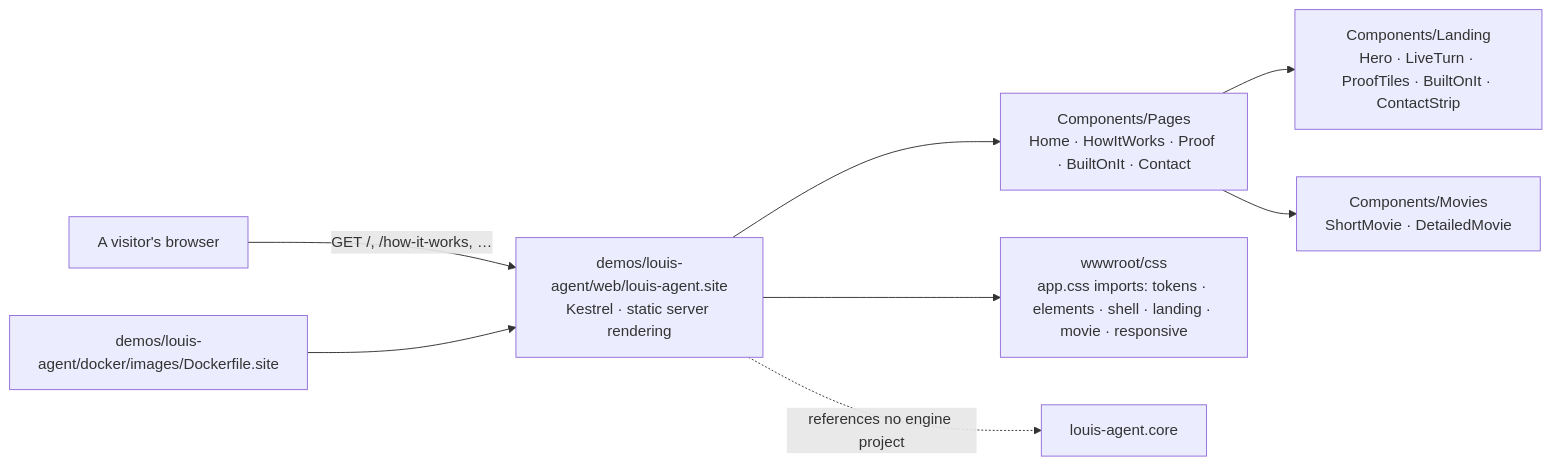
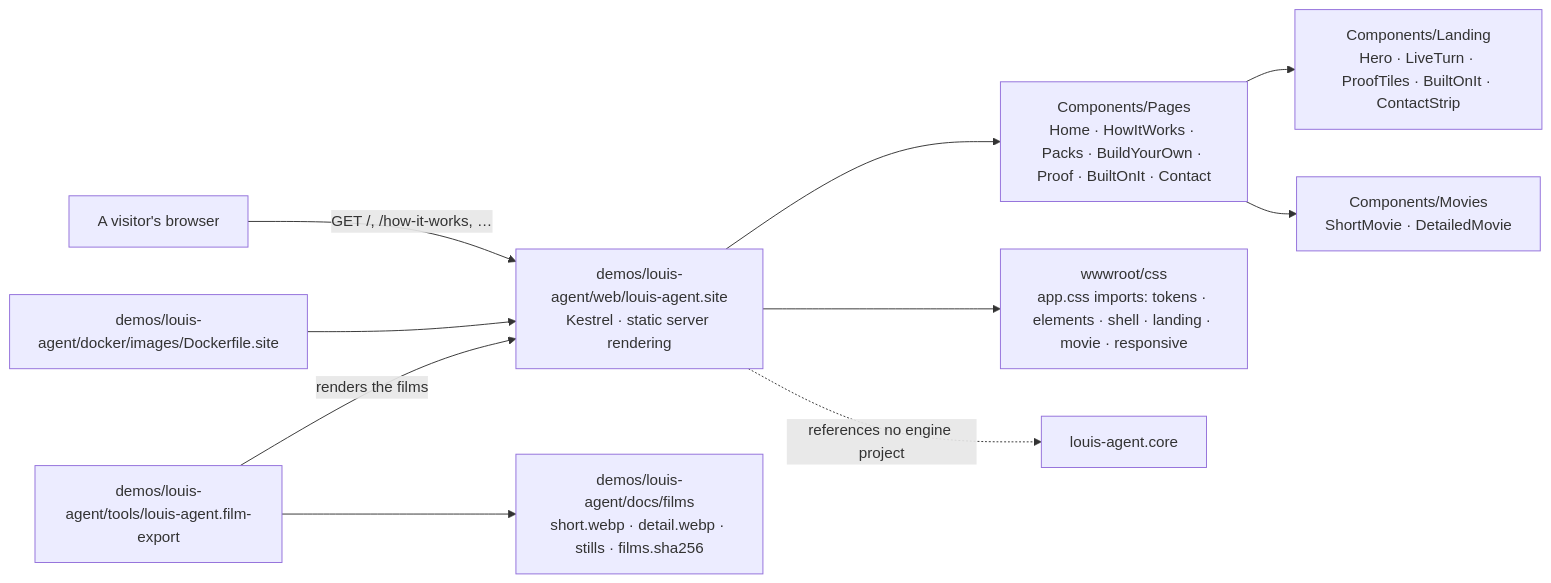
Before and after one commit to bosbevk/louis-agent: the diagram in demos/louis-agent/docs/projects/louis-agent.site.md, drawn with Mermaid. The commit also changed other lines of this file and 21 other files, not shown here.

````diff
--- a/demos/louis-agent/docs/projects/louis-agent.site.md
+++ b/demos/louis-agent/docs/projects/louis-agent.site.md
@@ -41,10 +42,12 @@
 ```mermaid
 flowchart LR
     browser["A visitor's browser"] -->|GET /, /how-it-works, …| site["demos/louis-agent/web/louis-agent.site<br/>Kestrel · static server rendering"]
-    site --> pages["Components/Pages<br/>Home · HowItWorks · Proof · BuiltOnIt · Contact"]
+    site --> pages["Components/Pages<br/>Home · HowItWorks · Packs · BuildYourOwn · Proof · BuiltOnIt · Contact"]
     pages --> landing["Components/Landing<br/>Hero · LiveTurn · ProofTiles · BuiltOnIt · ContactStrip"]
     pages --> films["Components/Movies<br/>ShortMovie · DetailedMovie"]
     site --> css["wwwroot/css<br/>app.css imports: tokens · elements · shell · landing · movie · responsive"]
     docker["demos/louis-agent/docker/images/Dockerfile.site"] --> site
     site -. references no engine project .-> core["louis-agent.core"]
+    tool["demos/louis-agent/tools/louis-agent.film-export"] -->|renders the films| site
+    tool --> films2["demos/louis-agent/docs/films<br/>short.webp · detail.webp · stills · films.sha256"]
 ```
````
